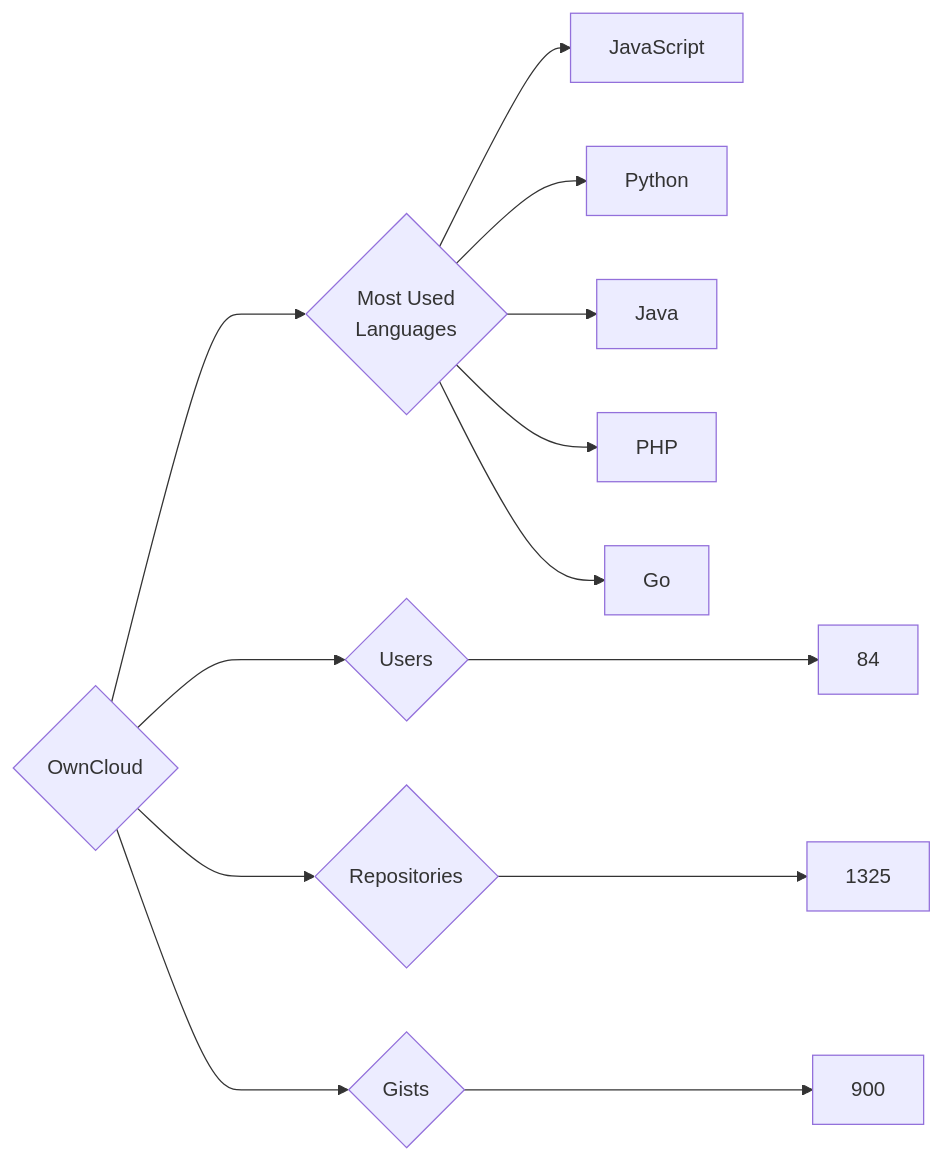
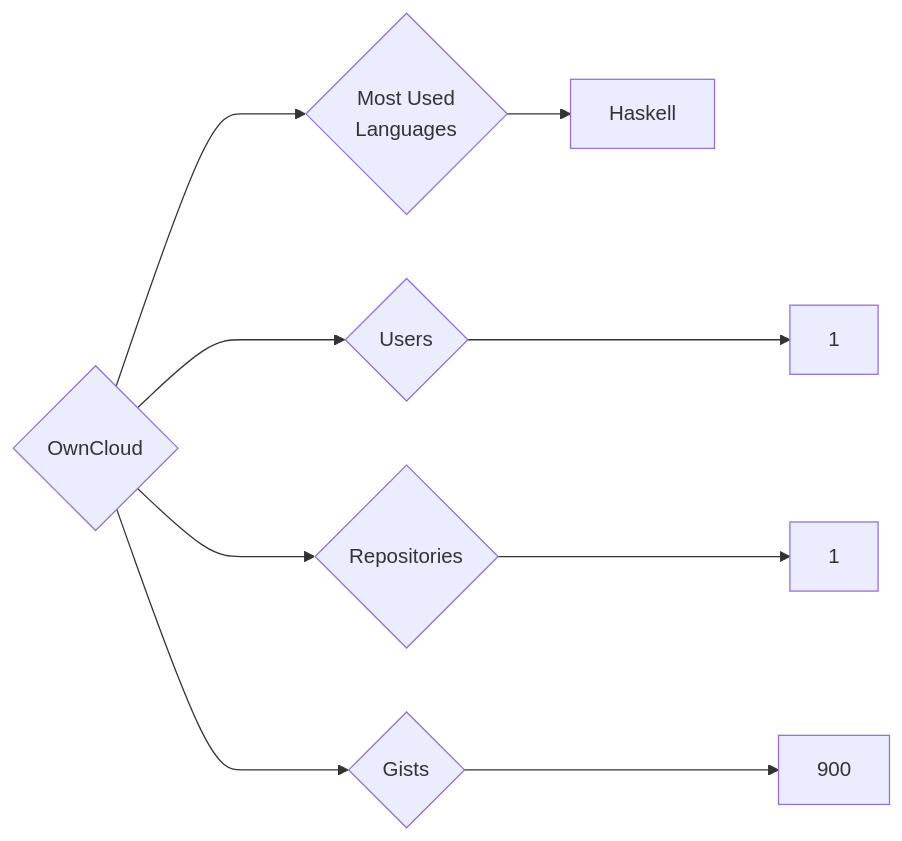
The diagram in targets/OwnCloud/README.md (trickest/insiders), drawn with Mermaid before and after one commit. The commit also changed 597 other files, not shown here.

````diff
--- a/targets/OwnCloud/README.md
+++ b/targets/OwnCloud/README.md
@@ -3,13 +3,9 @@
 ```mermaid
 graph LR
 COMPANY_NAME{OwnCloud}
-COMPANY_NAME ---> U{Users} ---> UN[84]
-COMPANY_NAME ---> R{Repositories} ---> RN[1325]
+COMPANY_NAME ---> U{Users} ---> UN[1]
+COMPANY_NAME ---> R{Repositories} ---> RN[1]
 COMPANY_NAME ---> G{Gists} ---> GN[900]
 COMPANY_NAME ---> ML{Most Used<br>Languages}
-ML --> JavaScript[JavaScript]
-ML --> Python[Python]
-ML --> Java[Java]
-ML --> PHP[PHP]
-ML --> Go[Go]
+ML --> Haskell[Haskell]
 ```
````
